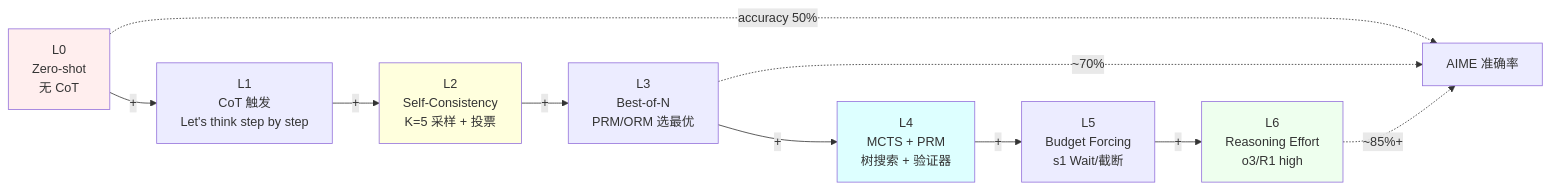
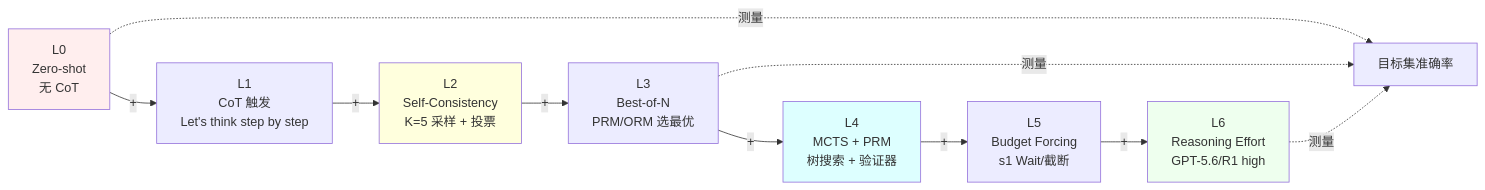
Before and after one commit to BeefWrap4/LLM-Knowledge-Base: the seventh of 7 diagrams in 27_推理模型与Test-Time_Compute.md, drawn with Mermaid. The commit also changed other lines of this file and 454 other files, not shown here.

````diff
--- a/27_推理模型与Test-Time_Compute.md
+++ b/27_推理模型与Test-Time_Compute.md
@@ -316,16 +350,16 @@
 ```mermaid
 graph LR
     L0["L0<br/>Zero-shot<br/>无 CoT"] -->|+| L1["L1<br/>CoT 触发<br/>Let's think step by step"]
     L1 -->|+| L2["L2<br/>Self-Consistency<br/>K=5 采样 + 投票"]
     L2 -->|+| L3["L3<br/>Best-of-N<br/>PRM/ORM 选最优"]
     L3 -->|+| L4["L4<br/>MCTS + PRM<br/>树搜索 + 验证器"]
     L4 -->|+| L5["L5<br/>Budget Forcing<br/>s1 Wait/截断"]
-    L5 -->|+| L6["L6<br/>Reasoning Effort<br/>o3/R1 high"]
-    L0 -.->|"accuracy 50%"| A1["AIME 准确率"]
-    L3 -.->|"~70%"| A1
-    L6 -.->|"~85%+"| A1
+    L5 -->|+| L6["L6<br/>Reasoning Effort<br/>GPT-5.6/R1 high"]
+    L0 -.->|"测量"| A1["目标集准确率"]
+    L3 -.->|"测量"| A1
+    L6 -.->|"测量"| A1
     style L0 fill:#fee
     style L6 fill:#efe
     style L2 fill:#ffd
     style L4 fill:#dff
 ```
````
